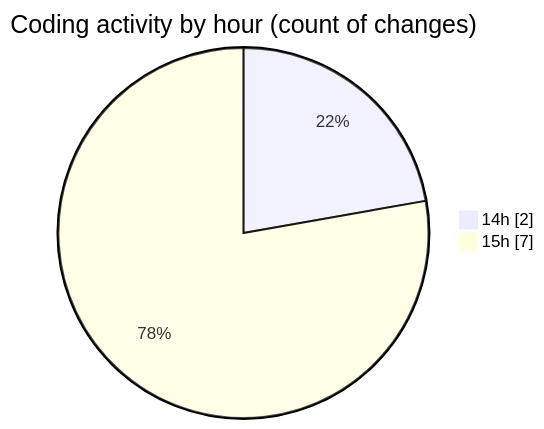
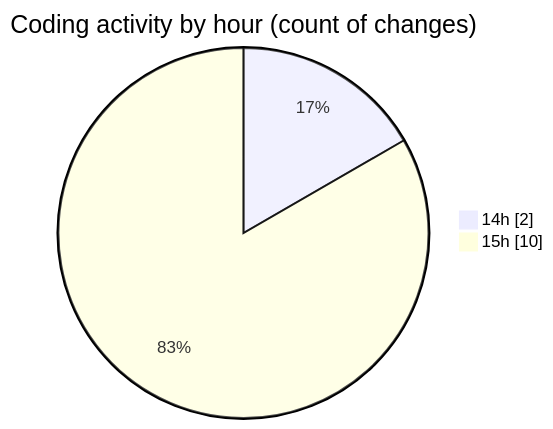
The second of 2 diagrams in 2026-09-30/cilreports__workspace_/README.md (ricardozamudiocil/code-tracking), drawn with Mermaid before and after one commit. The commit also changed other lines of this file and 1 other file, not shown here.

````diff
--- a/2026-09-30/cilreports__workspace_/README.md
+++ b/2026-09-30/cilreports__workspace_/README.md
@@ -30,6 +30,6 @@
 ```mermaid
 pie showData
 title Coding activity by hour (count of changes)
 "14h" : 2
-"15h" : 7
+"15h" : 10
 ```
````
